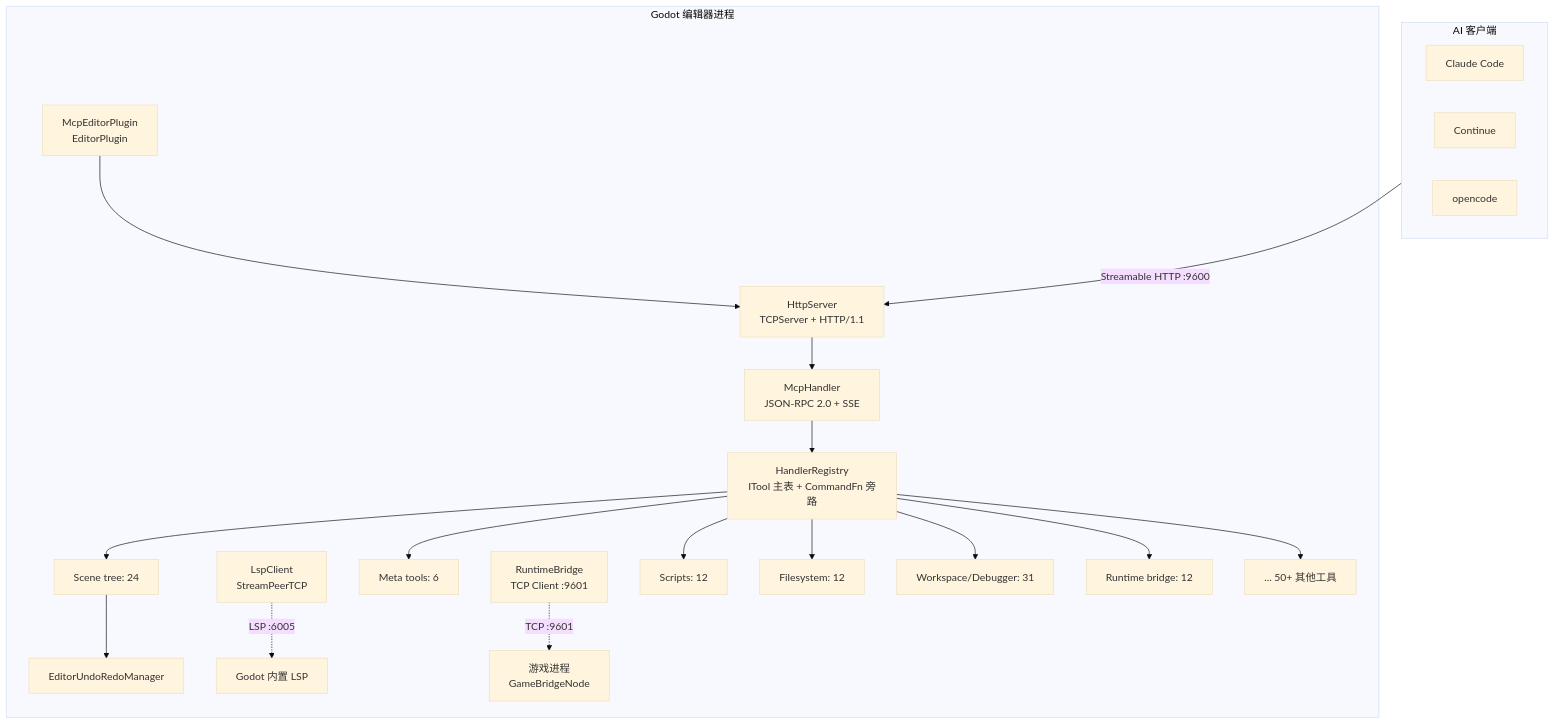
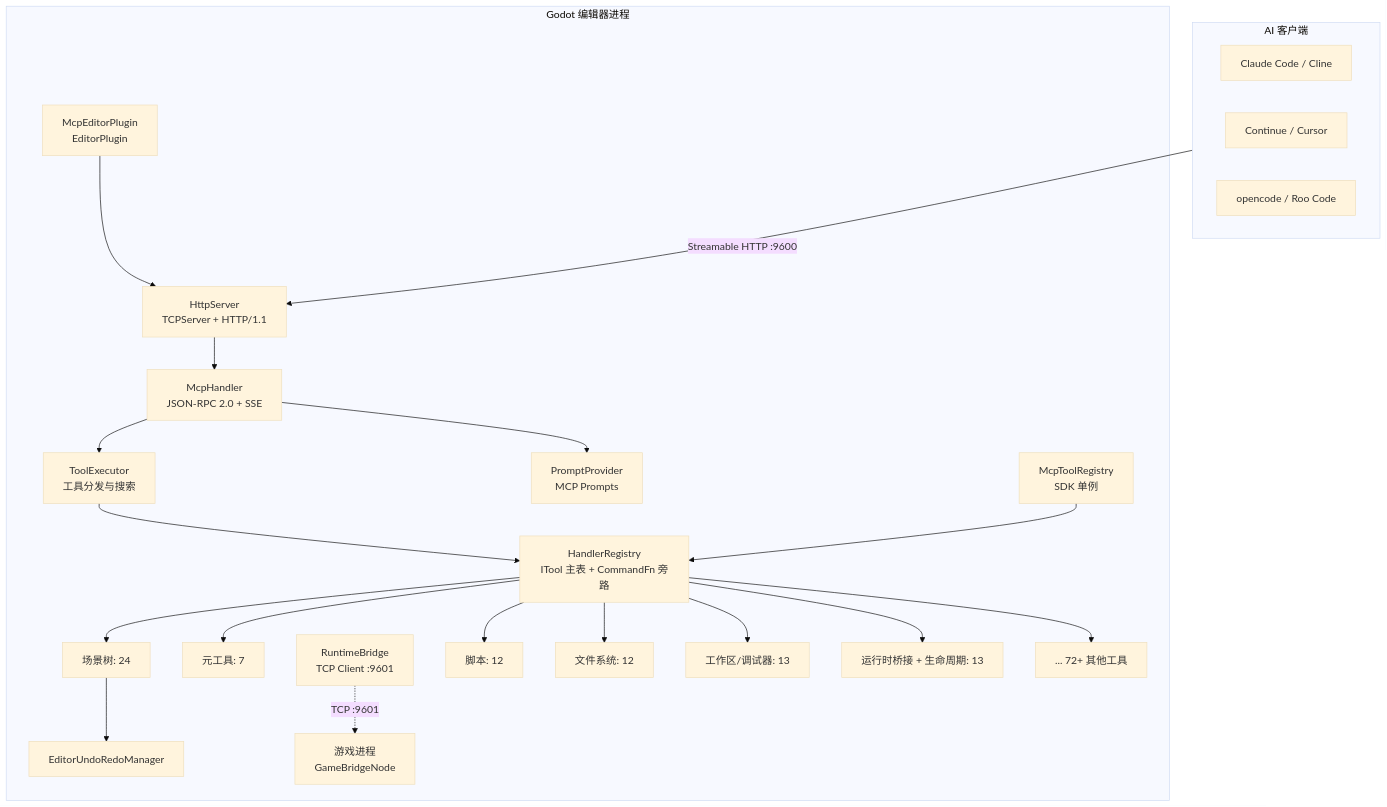
One commit to jesspig/GodotMCP-GDExtension changed the first of 4 diagrams in docs/zh/guide/architecture.md. Above: the diagram before and after it, drawn with Mermaid (base theme). The commit also changed other lines of this file and 17 other files, not shown here.

````diff
--- a/docs/zh/guide/architecture.md
+++ b/docs/zh/guide/architecture.md
@@ -5,35 +5,39 @@
 ```mermaid
 graph TB
     subgraph AI_CLIENT["AI 客户端"]
-        CC[Claude Code]
-        CO[Continue]
-        OC[opencode]
+        CC[Claude Code / Cline]
+        CO[Continue / Cursor]
+        OC[opencode / Roo Code]
     end
 
     subgraph GODOT["Godot 编辑器进程"]
         EP[McpEditorPlugin<br/>EditorPlugin]
         HS[HttpServer<br/>TCPServer + HTTP/1.1]
         MH[McpHandler<br/>JSON-RPC 2.0 + SSE]
         HR[HandlerRegistry<br/>ITool 主表 + CommandFn 旁路]
-        LC[LspClient<br/>StreamPeerTCP]
+        TE[ToolExecutor<br/>工具分发与搜索]
+        PP[PromptProvider<br/>MCP Prompts]
         EU[EditorUndoRedoManager]
         RB[RuntimeBridge<br/>TCP Client :9601]
+        SDK[McpToolRegistry<br/>SDK 单例]
 
         EP --> HS
         HS --> MH
-        MH --> HR
-        LC -.->|LSP :6005| GodotLSP[Godot 内置 LSP]
+        MH --> TE
+        TE --> HR
+        MH --> PP
+        SDK --> HR
         RB -.->|TCP :9601| GameProcess[游戏进程<br/>GameBridgeNode]
 
-        HR --> tools_meta[Meta tools: 6]
-        HR --> tools_scene[Scene tree: 24]
-        HR --> tools_script[Scripts: 12]
-        HR --> tools_fs[Filesystem: 12]
-        HR --> tools_workspace[Workspace/Debugger: 31]
-        HR --> tools_runtime[Runtime bridge: 12]
-        HR --> tools_other[... 50+ 其他工具]
+        HR --> tools_meta[元工具: 7]
+        HR --> tools_scene[场景树: 24]
+        HR --> tools_script[脚本: 12]
+        HR --> tools_fs[文件系统: 12]
+        HR --> tools_workspace[工作区/调试器: 13]
+        HR --> tools_runtime[运行时桥接 + 生命周期: 13]
+        HR --> tools_other[... 72+ 其他工具]
     end
 
     AI_CLIENT -- "Streamable HTTP :9600" --> HS
     tools_scene --> EU
 ```
````
